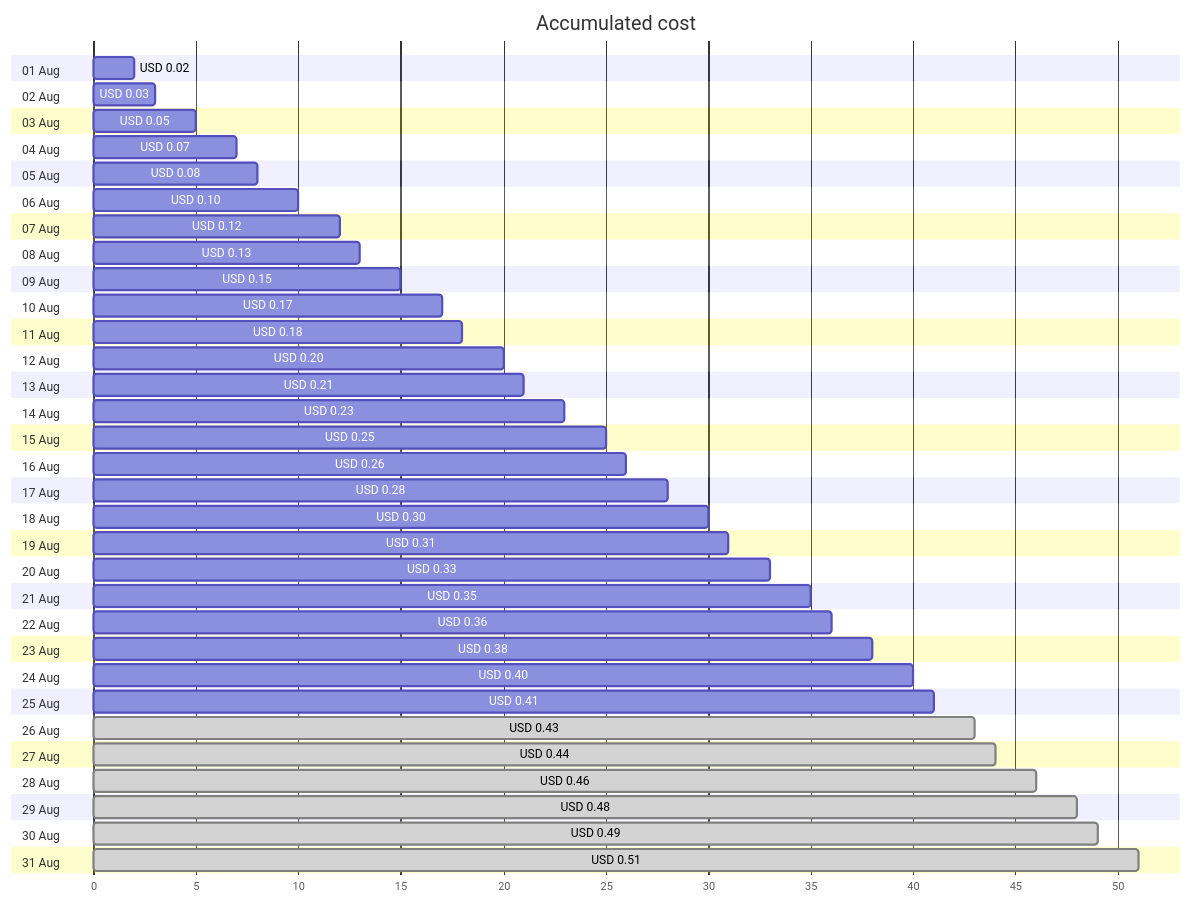
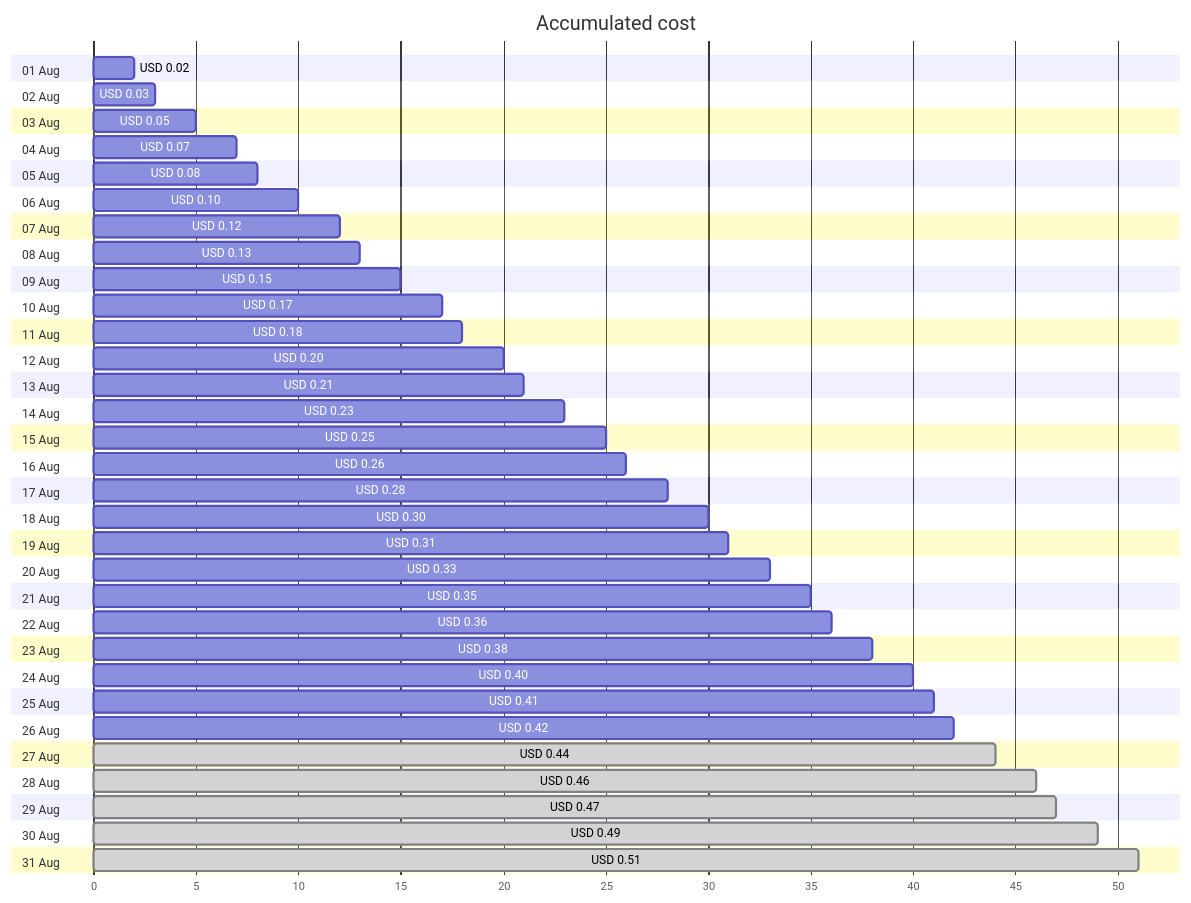
One commit to jpfulton/azure-personal-reports changed the first of 4 diagrams in cost-reports/personal-dns/jpatrickfulton.dev.md. Above: the diagram before and after it, drawn with Mermaid. The commit also changed other lines of this file and 2 other files, not shown here.

````diff
--- a/cost-reports/personal-dns/jpatrickfulton.dev.md
+++ b/cost-reports/personal-dns/jpatrickfulton.dev.md
@@ -20,68 +20,68 @@
 ```mermaid
 gantt
    title Accumulated cost
    dateFormat  X
    axisFormat %s
    section 01 Aug
    USD 0.02 :0, 2
    section 02 Aug
    USD 0.03 :0, 3
    section 03 Aug
    USD 0.05 :0, 5
    section 04 Aug
    USD 0.07 :0, 7
    section 05 Aug
    USD 0.08 :0, 8
    section 06 Aug
    USD 0.10 :0, 10
    section 07 Aug
    USD 0.12 :0, 12
    section 08 Aug
    USD 0.13 :0, 13
    section 09 Aug
    USD 0.15 :0, 15
    section 10 Aug
    USD 0.17 :0, 17
    section 11 Aug
    USD 0.18 :0, 18
    section 12 Aug
    USD 0.20 :0, 20
    section 13 Aug
    USD 0.21 :0, 21
    section 14 Aug
    USD 0.23 :0, 23
    section 15 Aug
    USD 0.25 :0, 25
    section 16 Aug
    USD 0.26 :0, 26
    section 17 Aug
    USD 0.28 :0, 28
    section 18 Aug
    USD 0.30 :0, 30
    section 19 Aug
    USD 0.31 :0, 31
    section 20 Aug
    USD 0.33 :0, 33
    section 21 Aug
    USD 0.35 :0, 35
    section 22 Aug
    USD 0.36 :0, 36
    section 23 Aug
    USD 0.38 :0, 38
    section 24 Aug
    USD 0.40 :0, 40
    section 25 Aug
    USD 0.41 :0, 41
    section 26 Aug
-   USD 0.43 : done, 0, 43
+   USD 0.42 :0, 42
    section 27 Aug
    USD 0.44 : done, 0, 44
    section 28 Aug
    USD 0.46 : done, 0, 46
    section 29 Aug
-   USD 0.48 : done, 0, 48
+   USD 0.47 : done, 0, 47
    section 30 Aug
    USD 0.49 : done, 0, 49
    section 31 Aug
    USD 0.51 : done, 0, 51
 ```
````
